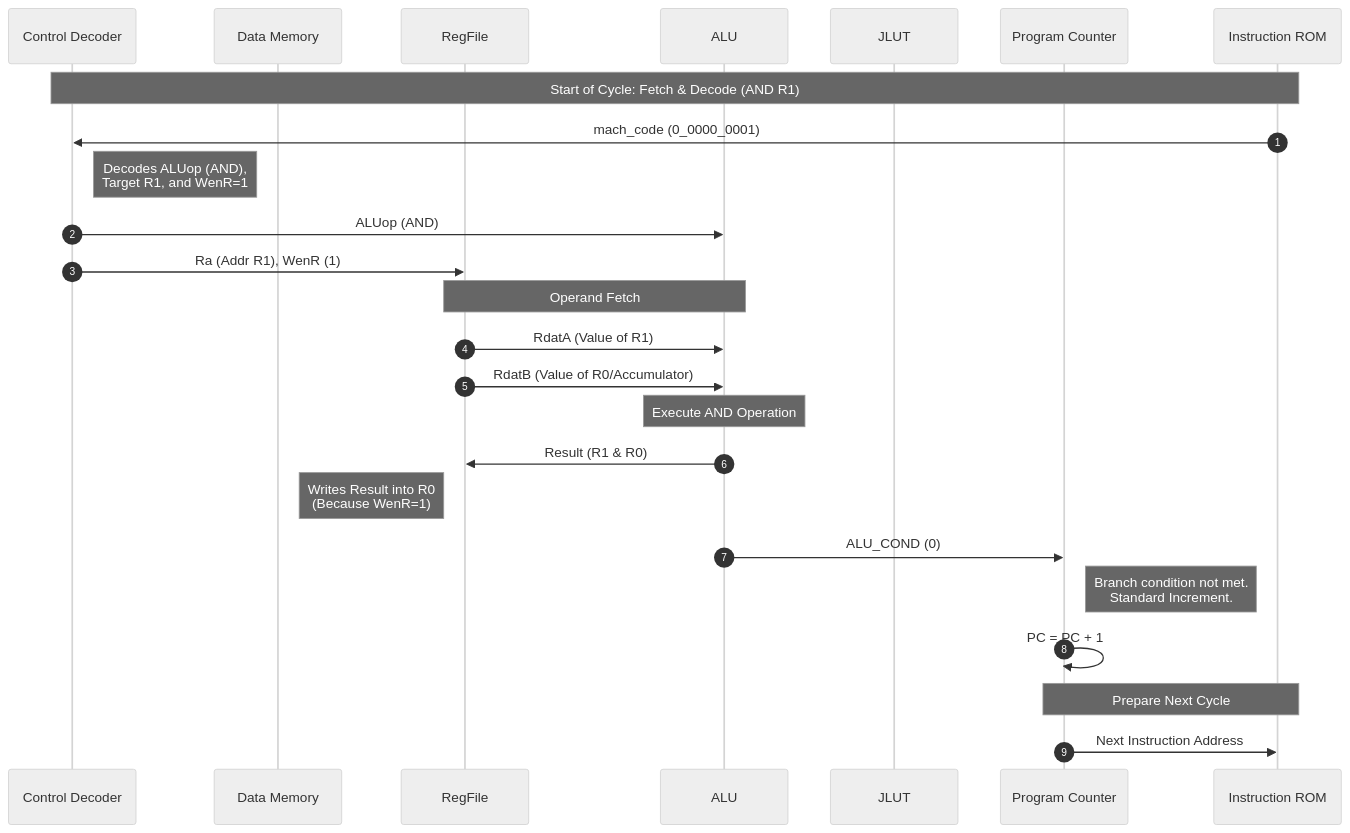
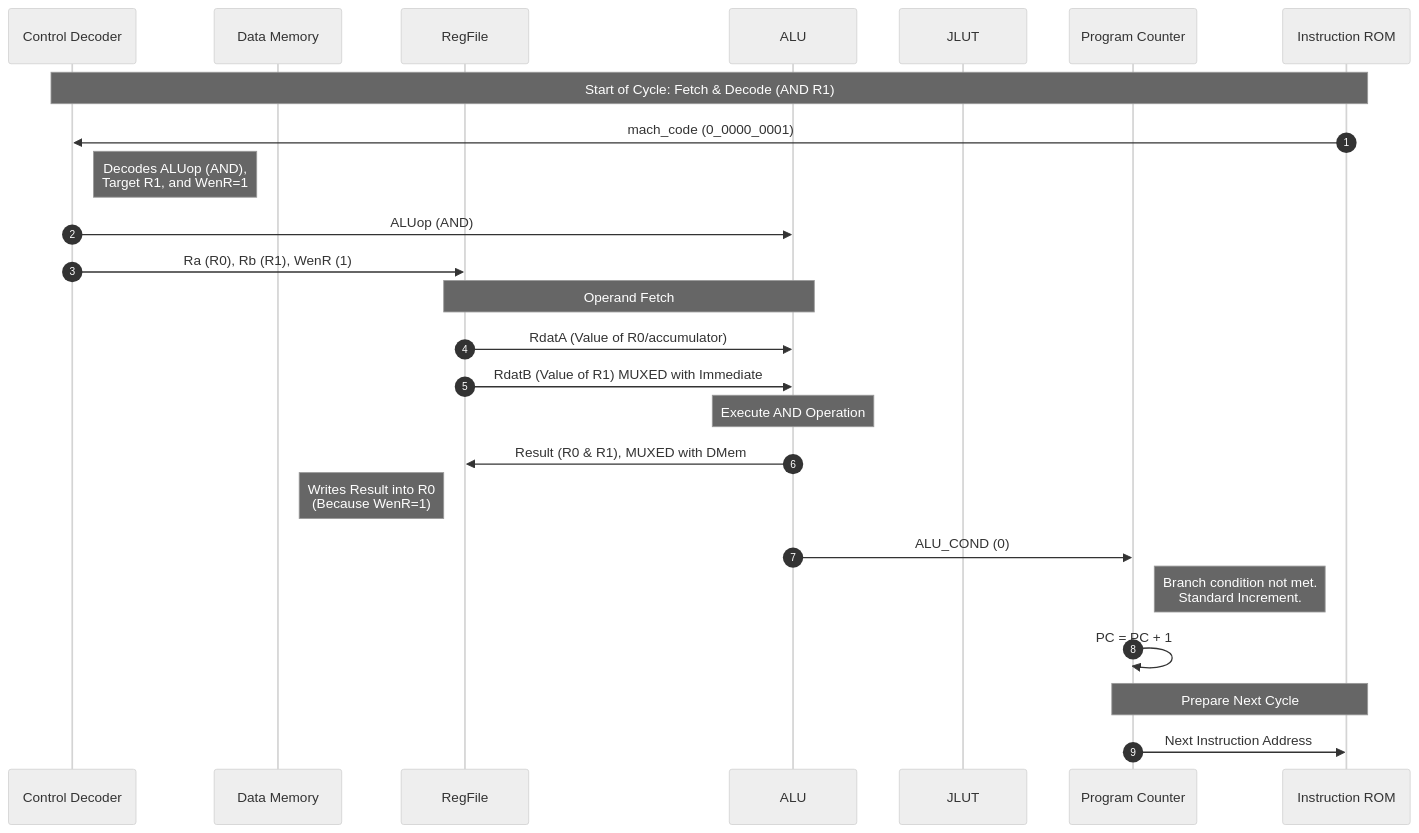
Before and after one commit to kiminus/8-Bit-RISC-Architecture-Public: the third of 5 diagrams in Custom-RISC-Architecture/docs/architecture/datapath.md, drawn with Mermaid (neutral theme). The commit also changed other lines of this file and 6 other files, not shown here.

````diff
--- a/Custom-RISC-Architecture/docs/architecture/datapath.md
+++ b/Custom-RISC-Architecture/docs/architecture/datapath.md
@@ -122,39 +122,39 @@
 ```mermaid
 sequenceDiagram
     autonumber
     
     %% Participants in your requested order
     participant CTRL as Control Decoder
     participant DM as Data Memory
     participant RF as RegFile
     participant ALU
     participant JLUT
     participant PC as Program Counter
     participant IROM as Instruction ROM
 
     Note over CTRL, IROM: Start of Cycle: Fetch & Decode (AND R1)
     
     IROM->>CTRL: mach_code (0_0000_0001)
     
     Note right of CTRL: Decodes ALUop (AND),<br/>Target R1, and WenR=1
     
     CTRL->>ALU: ALUop (AND)
-    CTRL->>RF: Ra (Addr R1), WenR (1)
+    CTRL->>RF: Ra (R0), Rb (R1), WenR (1)
 
     Note over RF, ALU: Operand Fetch
-    RF->>ALU: RdatA (Value of R1)
-    RF->>ALU: RdatB (Value of R0/Accumulator)
+    RF->>ALU: RdatA (Value of R0/accumulator)
+    RF->>ALU: RdatB (Value of R1) MUXED with Immediate
 
     Note over ALU: Execute AND Operation
-    ALU->>RF: Result (R1 & R0)
+    ALU->>RF: Result (R0 & R1), MUXED with DMem
     
     Note left of RF: Writes Result into R0<br/>(Because WenR=1)
 
     ALU->>PC: ALU_COND (0)
     
     Note right of PC: Branch condition not met.<br/>Standard Increment.
     PC->>PC: PC = PC + 1
 
     Note over PC, IROM: Prepare Next Cycle
     PC->>IROM: Next Instruction Address
 ```
````
